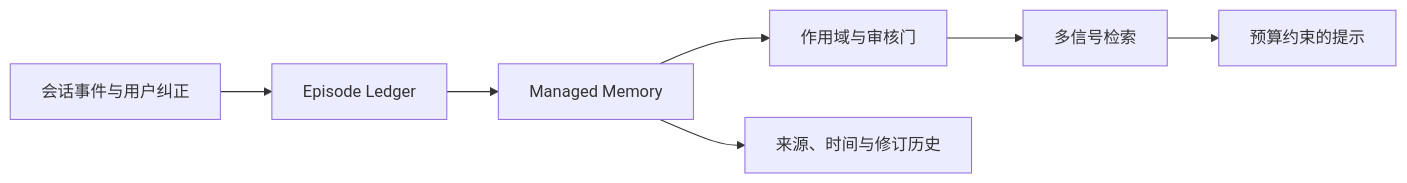
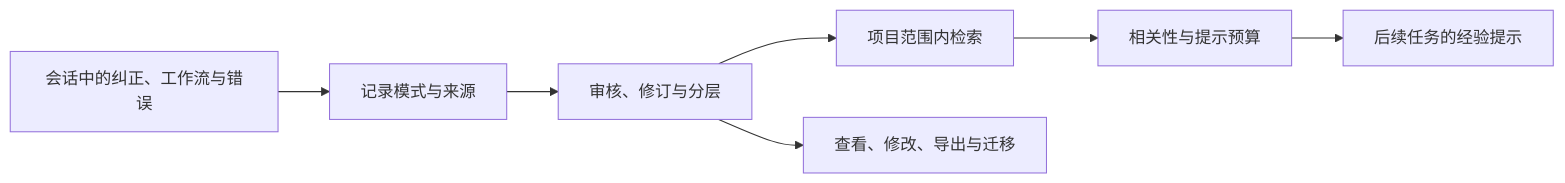
One commit to 326sun/Hanako-runtime-learner changed the diagram in README.md. Above: the diagram before and after it, drawn with Mermaid. The commit also changed other lines of this file, not shown here.

Commit message:
Rewrite Hanako README around self-learning and long-term memory

````diff
--- a/README.md
+++ b/README.md
@@ -57,9 +65,9 @@
 ```mermaid
 flowchart LR
-    E[会话事件与用户纠正] --> L[Episode Ledger]
-    L --> M[Managed Memory]
-    M --> G[作用域与审核门]
-    G --> R[多信号检索]
-    R --> H[预算约束的提示]
-    M --> P[来源、时间与修订历史]
+    A[会话中的纠正、工作流与错误] --> B[记录模式与来源]
+    B --> C[审核、修订与分层]
+    C --> D[项目范围内检索]
+    D --> E[相关性与提示预算]
+    E --> F[后续任务的经验提示]
+    C --> G[查看、修改、导出与迁移]
 ```
````
